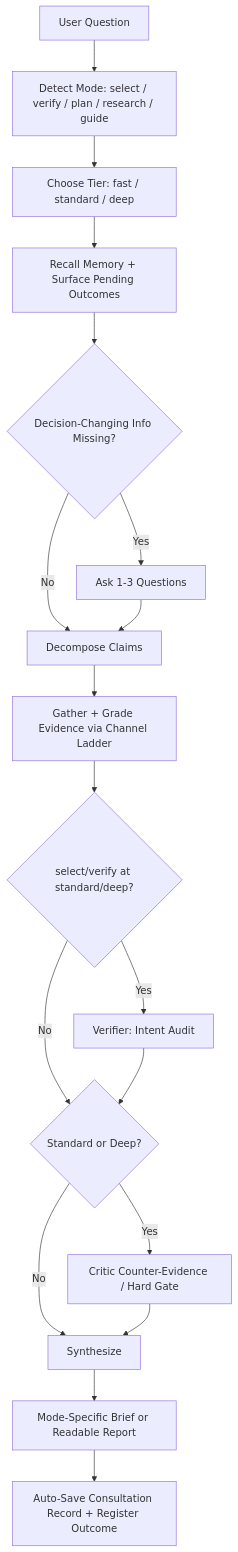
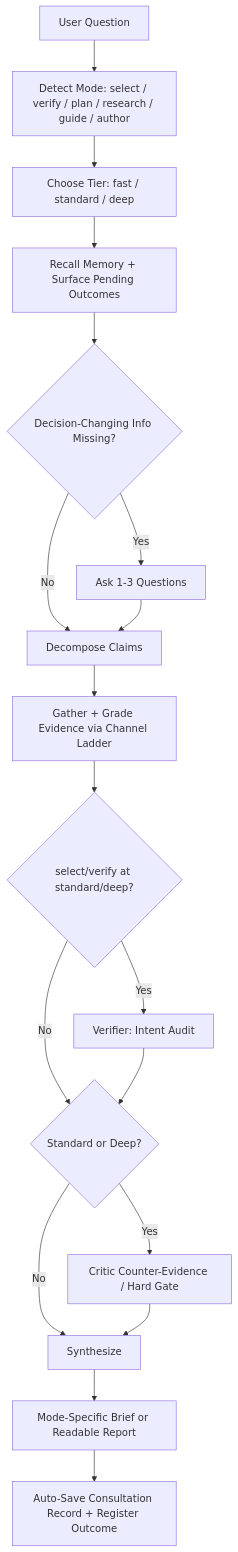
One commit to Arrowyi/consultation-agent-plugin changed the second of 2 diagrams in docs/architecture.md. Above: the diagram before and after it, drawn with Mermaid. The commit also changed other lines of this file, not shown here.

First line of the commit message:
Document the author mode architecture

````diff
--- a/docs/architecture.md
+++ b/docs/architecture.md
@@ -183,20 +183,20 @@
 ```mermaid
 flowchart TD
-    Q[User Question] --> MODE[Detect Mode: select / verify / plan / research / guide]
+    Q[User Question] --> MODE[Detect Mode: select / verify / plan / research / guide / author]
     MODE --> T[Choose Tier: fast / standard / deep]
     T --> M[Recall Memory + Surface Pending Outcomes]
     M --> C{Decision-Changing Info Missing?}
     C -->|Yes| ASK[Ask 1-3 Questions]
     C -->|No| D[Decompose Claims]
     ASK --> D
     D --> R[Gather + Grade Evidence via Channel Ladder]
     R --> V{select/verify at standard/deep?}
     V -->|Yes| IA[Verifier: Intent Audit]
     V -->|No| X{Standard or Deep?}
     IA --> X
     X -->|Yes| CE[Critic Counter-Evidence / Hard Gate]
     X -->|No| SYN[Synthesize]
     CE --> SYN
     SYN --> O[Mode-Specific Brief or Readable Report]
     O --> SAVE[Auto-Save Consultation Record + Register Outcome]
 ```
````
